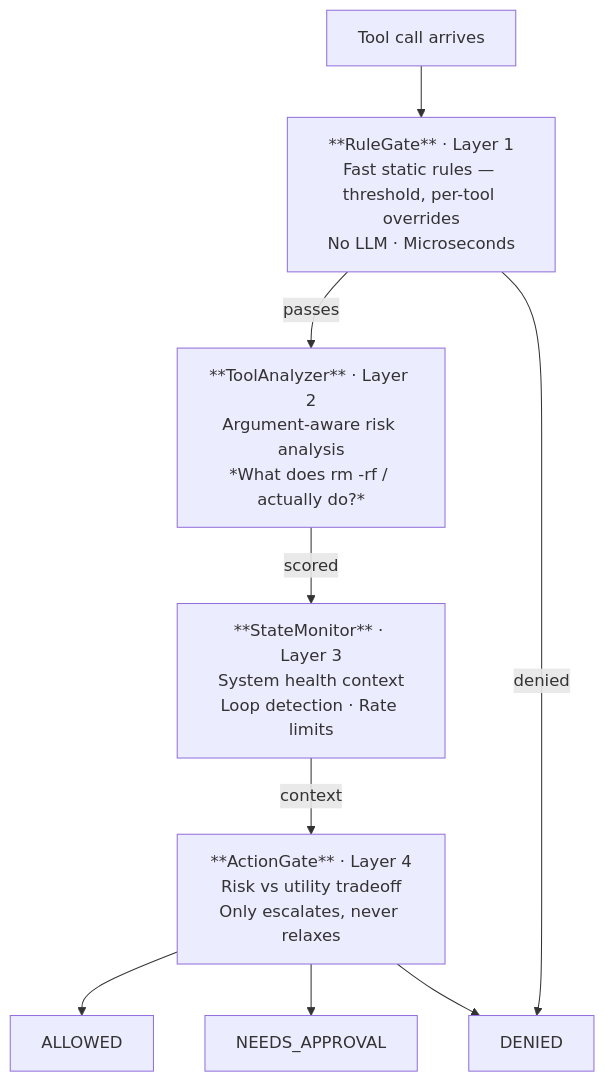
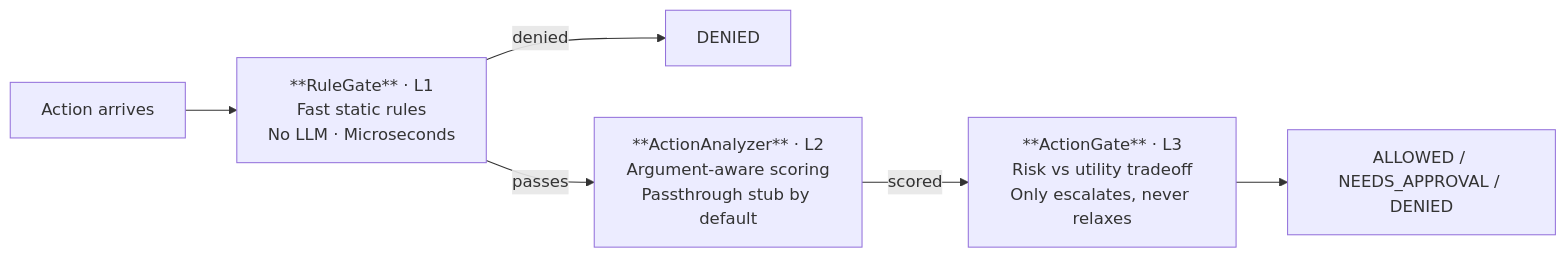
Before and after one commit to willdah/squire: the diagram in packages/agent-risk-engine/README.md, drawn with Mermaid. The commit also changed other lines of this file and 27 other files, not shown here.

First line of the commit message:
feat!: action-centric risk engine protocol (v0.2.0) (#20)

````diff
--- a/packages/agent-risk-engine/README.md
+++ b/packages/agent-risk-engine/README.md
@@ -41,19 +40,14 @@
 ```mermaid
-flowchart TD
-    A["Tool call arrives"] --> B
+flowchart LR
+    A["Action arrives"] --> B
 
-    B["**RuleGate** · Layer 1\nFast static rules — threshold, per-tool overrides\nNo LLM · Microseconds"]
+    B["**RuleGate** · L1\nFast static rules\nNo LLM · Microseconds"]
+    B -->|denied| Z["DENIED"]
     B -->|passes| C
-    B -->|denied| Z["DENIED"]
 
-    C["**ToolAnalyzer** · Layer 2\nArgument-aware risk analysis\n*What does rm -rf / actually do?*"]
+    C["**ActionAnalyzer** · L2\nArgument-aware scoring\nPassthrough stub by default"]
     C -->|scored| D
 
-    D["**StateMonitor** · Layer 3\nSystem health context\nLoop detection · Rate limits"]
-    D -->|context| E
-
-    E["**ActionGate** · Layer 4\nRisk vs utility tradeoff\nOnly escalates, never relaxes"]
-    E --> F["ALLOWED"]
-    E --> G["NEEDS_APPROVAL"]
-    E --> Z
+    D["**ActionGate** · L3\nRisk vs utility tradeoff\nOnly escalates, never relaxes"]
+    D --> E["ALLOWED / NEEDS_APPROVAL / DENIED"]
 ```
````
